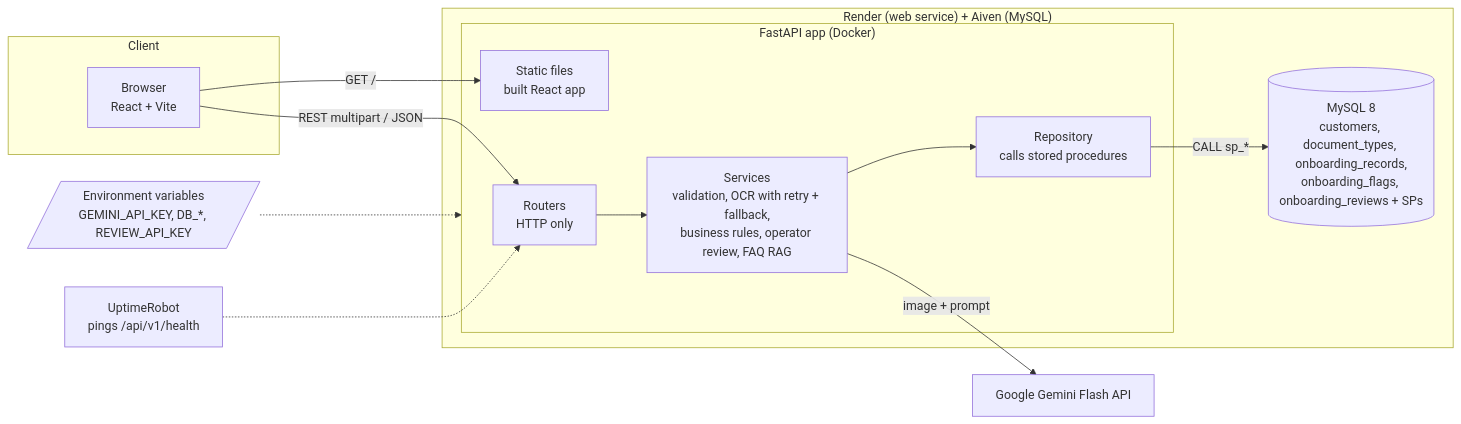
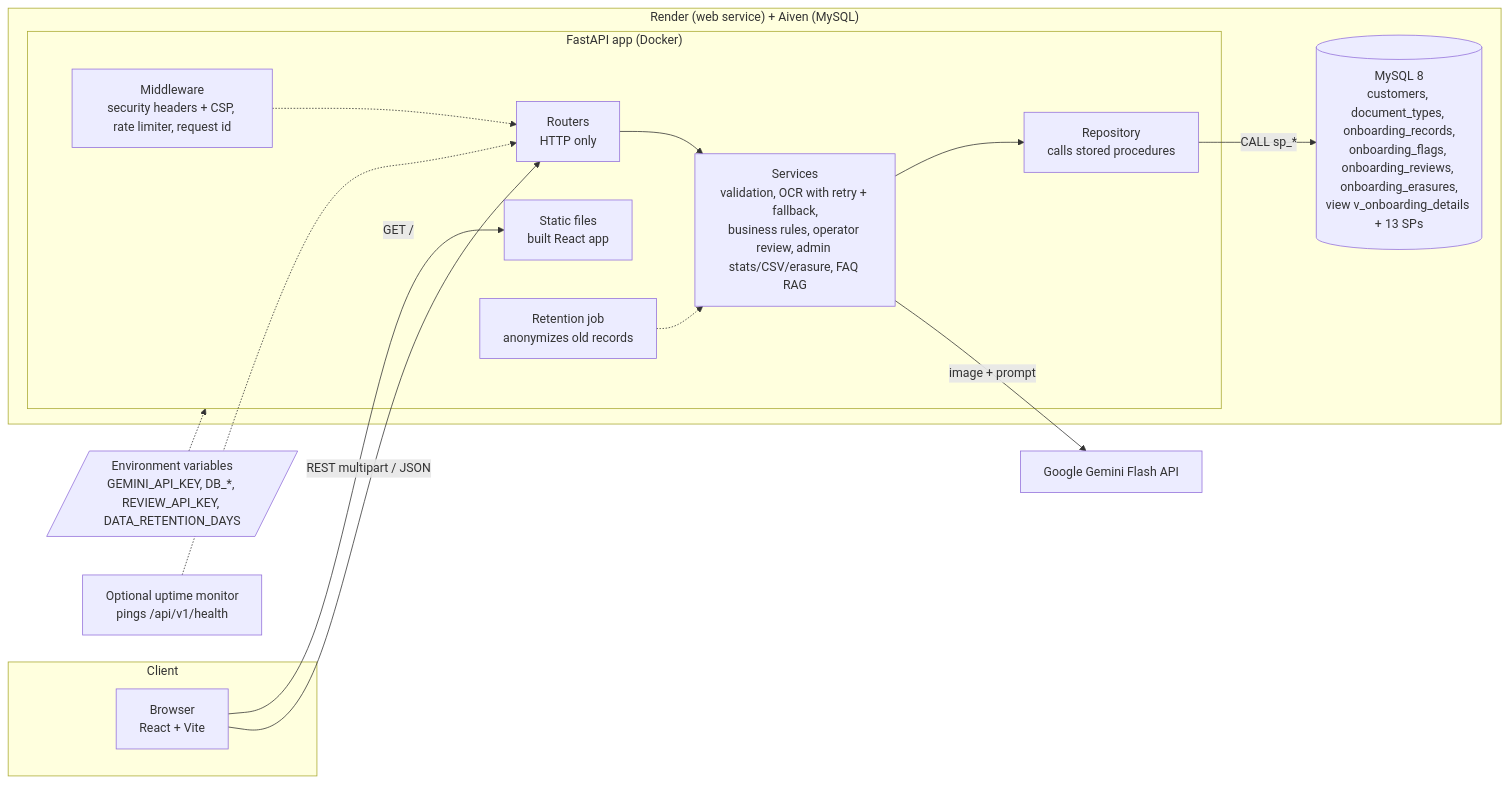
One commit to rosalesdev928/mini-kyc changed the diagram in docs/diagrams/architecture.mmd. Above: the diagram before and after it, drawn with Mermaid. The commit also changed 11 other files, not shown here.

Commit message:
docs: update README, diagrams, mockup and defense notes

```diff
--- a/docs/diagrams/architecture.mmd
+++ b/docs/diagrams/architecture.mmd
@@ -1,23 +1,27 @@
 flowchart LR
     subgraph Client
         B[Browser<br/>React + Vite]
     end
     subgraph Cloud["Render (web service) + Aiven (MySQL)"]
         subgraph App["FastAPI app (Docker)"]
             R[Routers<br/>HTTP only]
-            S[Services<br/>validation, OCR with retry + fallback,<br/>business rules, operator review, FAQ RAG]
+            S[Services<br/>validation, OCR with retry + fallback,<br/>business rules, operator review, admin stats/CSV/erasure, FAQ RAG]
             P[Repository<br/>calls stored procedures]
             ST[Static files<br/>built React app]
+            M[Middleware<br/>security headers + CSP, rate limiter, request id]
+            RJ[Retention job<br/>anonymizes old records]
         end
-        D[(MySQL 8<br/>customers, document_types, onboarding_records,<br/>onboarding_flags, onboarding_reviews + SPs)]
+        D[(MySQL 8<br/>customers, document_types, onboarding_records,<br/>onboarding_flags, onboarding_reviews, onboarding_erasures,<br/>view v_onboarding_details + 13 SPs)]
     end
     G[Google Gemini Flash API]
 
     B -->|GET /| ST
     B -->|REST multipart / JSON| R
     R --> S
+    M -.-> R
+    RJ -.-> S
     S --> P
     P -->|CALL sp_*| D
     S -->|image + prompt| G
-    ENV[/Environment variables<br/>GEMINI_API_KEY, DB_*, REVIEW_API_KEY/] -.-> App
-    UP[UptimeRobot<br/>pings /api/v1/health] -.-> R
+    ENV[/Environment variables<br/>GEMINI_API_KEY, DB_*, REVIEW_API_KEY, DATA_RETENTION_DAYS/] -.-> App
+    UP[Optional uptime monitor<br/>pings /api/v1/health] -.-> R
```
